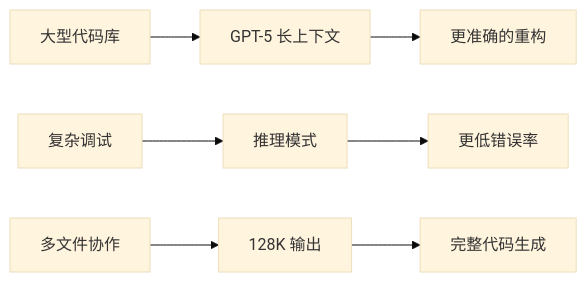
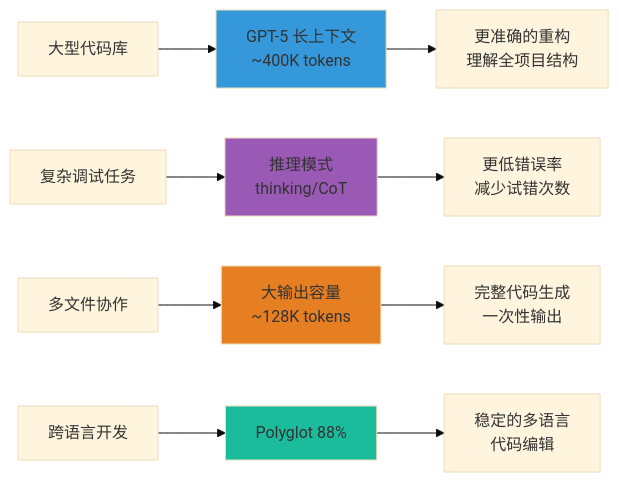
One commit to ghcpSharing/library changed the second of 37 diagrams in annoucements/GPT-5-on-Boarded.md. Above: the diagram before and after it, drawn with Mermaid (base theme). The commit also changed other lines of this file, not shown here.

Commit message:
Add comprehensive multimedia content to GPT-5-on-Boarded.md

````diff
--- a/annoucements/GPT-5-on-Boarded.md
+++ b/annoucements/GPT-5-on-Boarded.md
@@ -23,11 +49,19 @@
 ```mermaid
 graph LR
-    A[大型代码库] --> B[GPT-5 长上下文]
-    B --> C[更准确的重构]
+    A[大型代码库] --> B[GPT-5 长上下文<br/>~400K tokens]
+    B --> C[更准确的重构<br/>理解全项目结构]
     
-    D[复杂调试] --> E[推理模式]
-    E --> F[更低错误率]
+    D[复杂调试任务] --> E[推理模式<br/>thinking/CoT]
+    E --> F[更低错误率<br/>减少试错次数]
     
-    G[多文件协作] --> H[128K 输出]
-    H --> I[完整代码生成]
+    G[多文件协作] --> H[大输出容量<br/>~128K tokens]
+    H --> I[完整代码生成<br/>一次性输出]
+    
+    J[跨语言开发] --> K[Polyglot 88%]
+    K --> L[稳定的多语言<br/>代码编辑]
+    
+    style B fill:#3498db
+    style E fill:#9b59b6
+    style H fill:#e67e22
+    style K fill:#1abc9c
 ```
````
